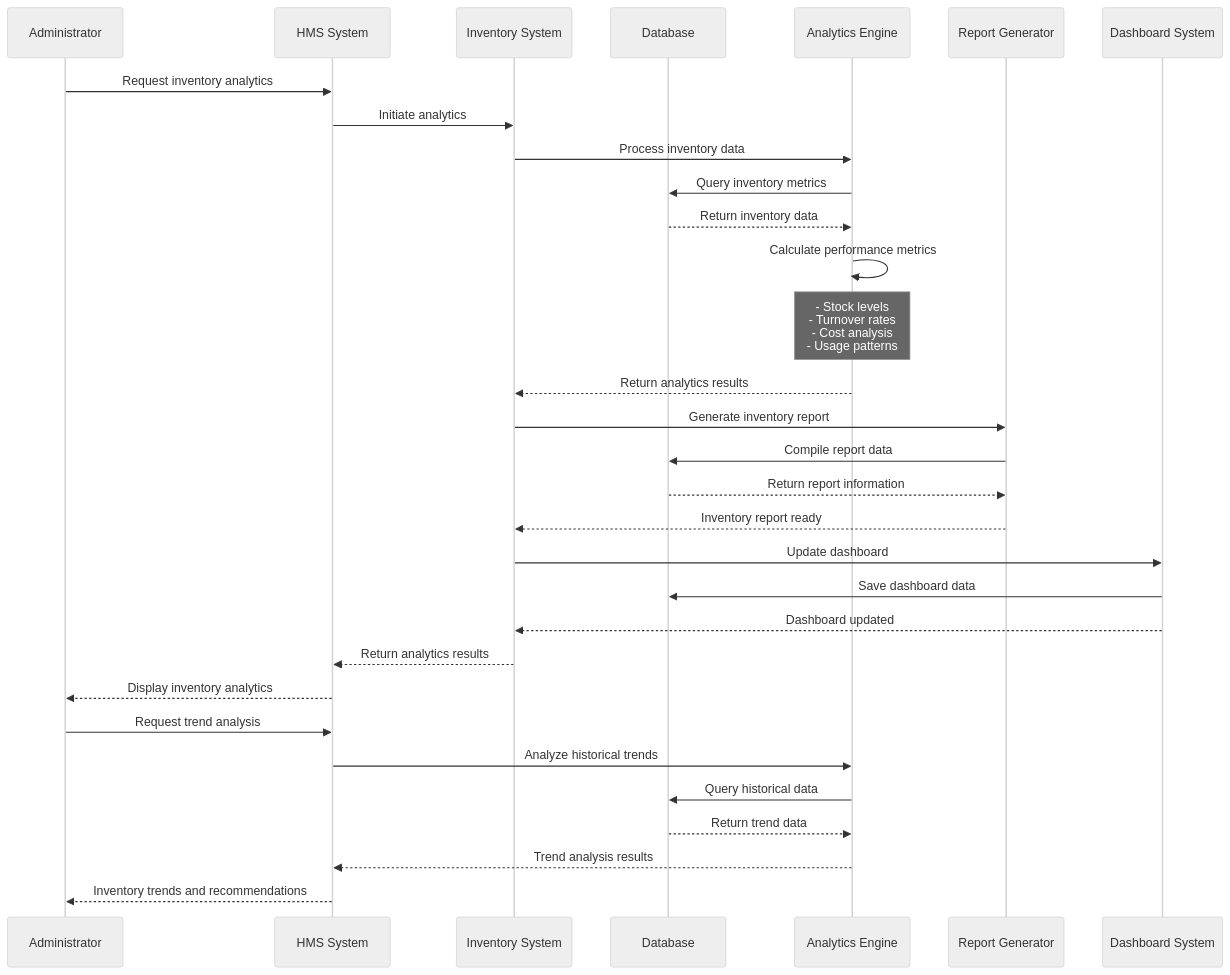
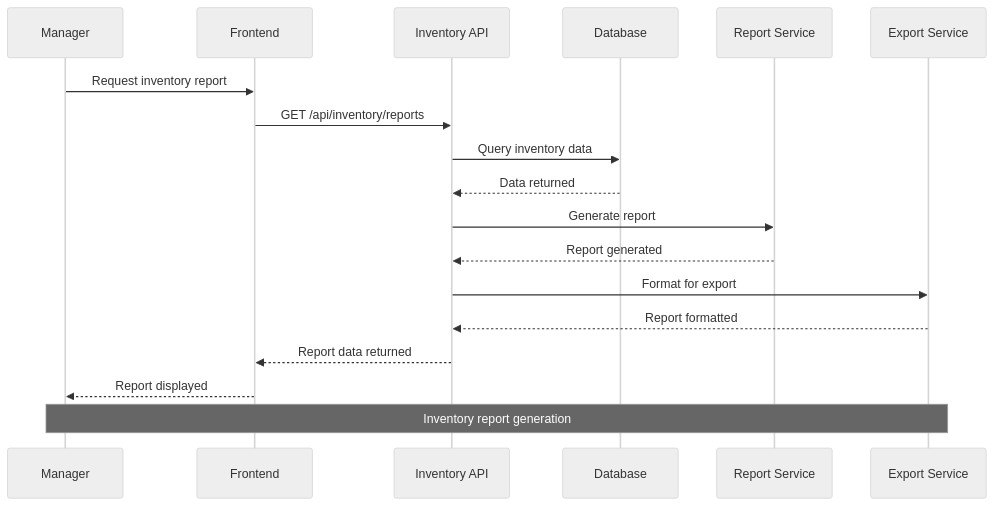
Before and after one commit to harcop/limises: the tenth of 10 diagrams in sequence-diagrams/inventory-management-sequence.md, drawn with Mermaid (neutral theme). The commit also changed other lines of this file and 6 other files, not shown here.

````diff
--- a/sequence-diagrams/inventory-management-sequence.md
+++ b/sequence-diagrams/inventory-management-sequence.md
@@ -386,34 +299,26 @@
 ```mermaid
 sequenceDiagram
-    participant ADMIN as Administrator
-    participant HMS as HMS System
-    participant INVENTORY as Inventory System
+    participant Staff as Manager
+    participant Frontend as Frontend
+    participant API as Inventory API
     participant DB as Database
-    participant ANALYTICS as Analytics Engine
-    participant REPORT as Report Generator
-    participant DASHBOARD as Dashboard System
+    participant Report as Report Service
+    participant Export as Export Service
 
-    ADMIN->>HMS: Request inventory analytics
-    HMS->>INVENTORY: Initiate analytics
-    INVENTORY->>ANALYTICS: Process inventory data
-    ANALYTICS->>DB: Query inventory metrics
-    DB-->>ANALYTICS: Return inventory data
-    ANALYTICS->>ANALYTICS: Calculate performance metrics
-    Note over ANALYTICS: - Stock levels<br/>- Turnover rates<br/>- Cost analysis<br/>- Usage patterns
-    ANALYTICS-->>INVENTORY: Return analytics results
-    INVENTORY->>REPORT: Generate inventory report
-    REPORT->>DB: Compile report data
-    DB-->>REPORT: Return report information
-    REPORT-->>INVENTORY: Inventory report ready
-    INVENTORY->>DASHBOARD: Update dashboard
-    DASHBOARD->>DB: Save dashboard data
-    DASHBOARD-->>INVENTORY: Dashboard updated
-    INVENTORY-->>HMS: Return analytics results
-    HMS-->>ADMIN: Display inventory analytics
-    ADMIN->>HMS: Request trend analysis
-    HMS->>ANALYTICS: Analyze historical trends
-    ANALYTICS->>DB: Query historical data
-    DB-->>ANALYTICS: Return trend data
-    ANALYTICS-->>HMS: Trend analysis results
-    HMS-->>ADMIN: Inventory trends and recommendations
+    Staff->>Frontend: Request inventory report
+    Frontend->>API: GET /api/inventory/reports
+    
+    API->>DB: Query inventory data
+    DB-->>API: Data returned
+    
+    API->>Report: Generate report
+    Report-->>API: Report generated
+    
+    API->>Export: Format for export
+    Export-->>API: Report formatted
+    
+    API-->>Frontend: Report data returned
+    Frontend-->>Staff: Report displayed
+    
+    Note over Staff, Export: Inventory report generation
 ```
````
